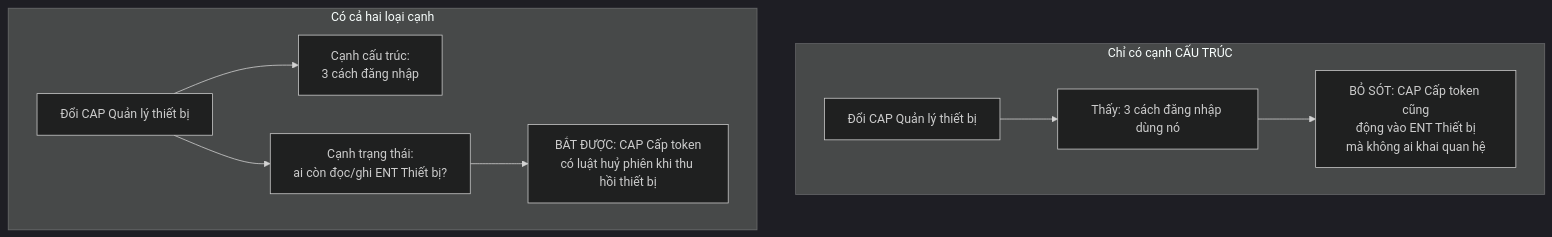
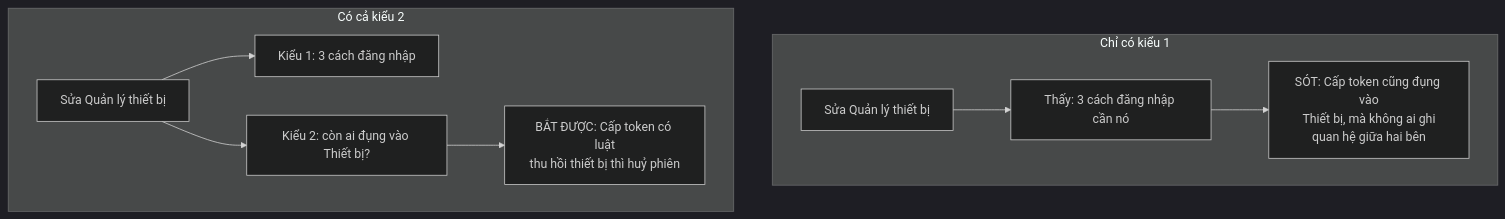
One commit to Kynderis/kendrick-ai-tools changed the second of 7 diagrams in design/04-BAN-DO-NGHIEP-VU.md. Above: the diagram before and after it, drawn with Mermaid (dark theme). The commit also changed other lines of this file and 1 other file, not shown here.

````diff
--- a/design/04-BAN-DO-NGHIEP-VU.md
+++ b/design/04-BAN-DO-NGHIEP-VU.md
@@ -139,13 +140,12 @@
 ```mermaid
 flowchart TD
-    subgraph S1["Chỉ có cạnh CẤU TRÚC"]
-    A1["Đổi CAP Quản lý thiết bị"] --> B1["Thấy: 3 cách đăng nhập dùng nó"]
-    B1 --> C1["BỎ SÓT: CAP Cấp token cũng<br/>động vào ENT Thiết bị<br/>mà không ai khai quan hệ"]
+    subgraph S1["Chỉ có kiểu 1"]
+    A1["Sửa Quản lý thiết bị"] --> B1["Thấy: 3 cách đăng nhập cần nó"]
+    B1 --> C1["SÓT: Cấp token cũng đụng vào<br/>Thiết bị, mà không ai ghi<br/>quan hệ giữa hai bên"]
     end
-
-    subgraph S2["Có cả hai loại cạnh"]
-    A2["Đổi CAP Quản lý thiết bị"] --> B2["Cạnh cấu trúc:<br/>3 cách đăng nhập"]
-    A2 --> C2["Cạnh trạng thái:<br/>ai còn đọc/ghi ENT Thiết bị?"]
-    C2 --> D2["BẮT ĐƯỢC: CAP Cấp token<br/>có luật huỷ phiên khi thu hồi thiết bị"]
+    subgraph S2["Có cả kiểu 2"]
+    A2["Sửa Quản lý thiết bị"] --> B2["Kiểu 1: 3 cách đăng nhập"]
+    A2 --> C2["Kiểu 2: còn ai đụng vào Thiết bị?"]
+    C2 --> D2["BẮT ĐƯỢC: Cấp token có luật<br/>thu hồi thiết bị thì huỷ phiên"]
     end
 ```
````
